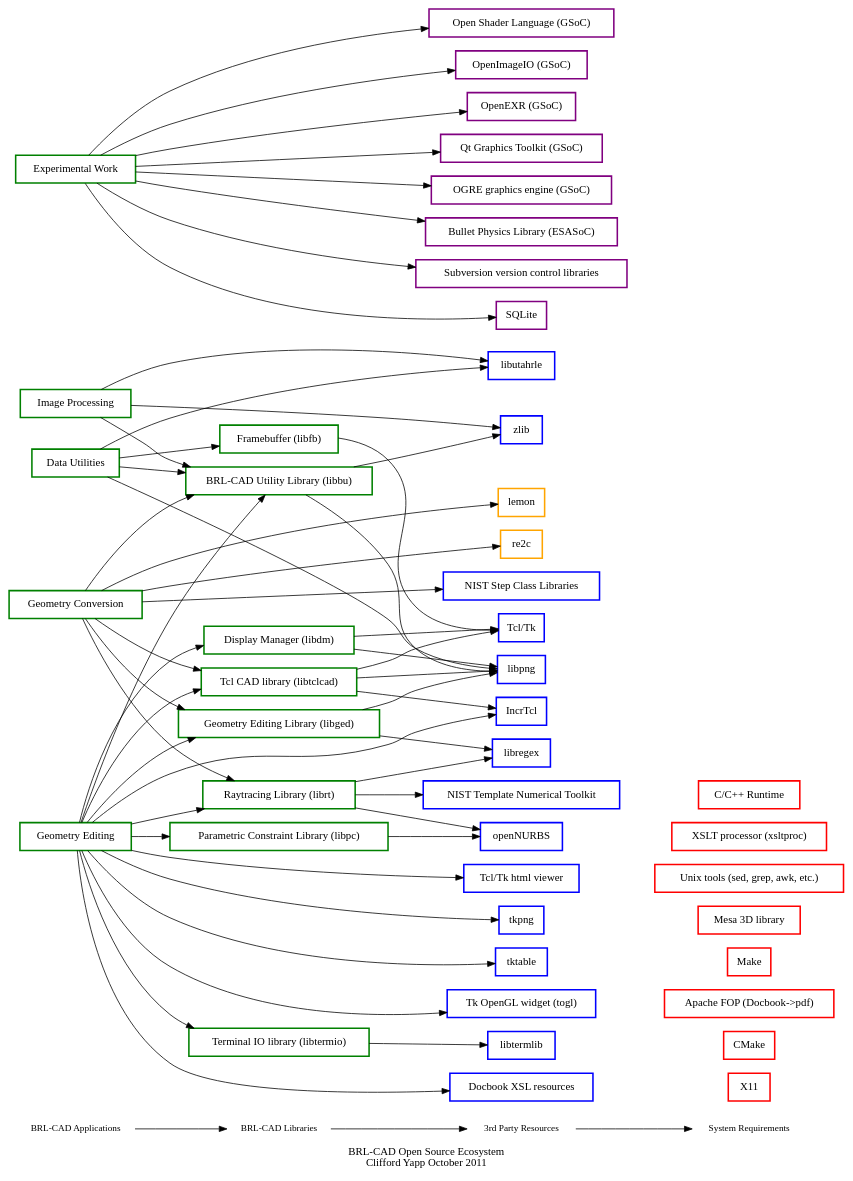
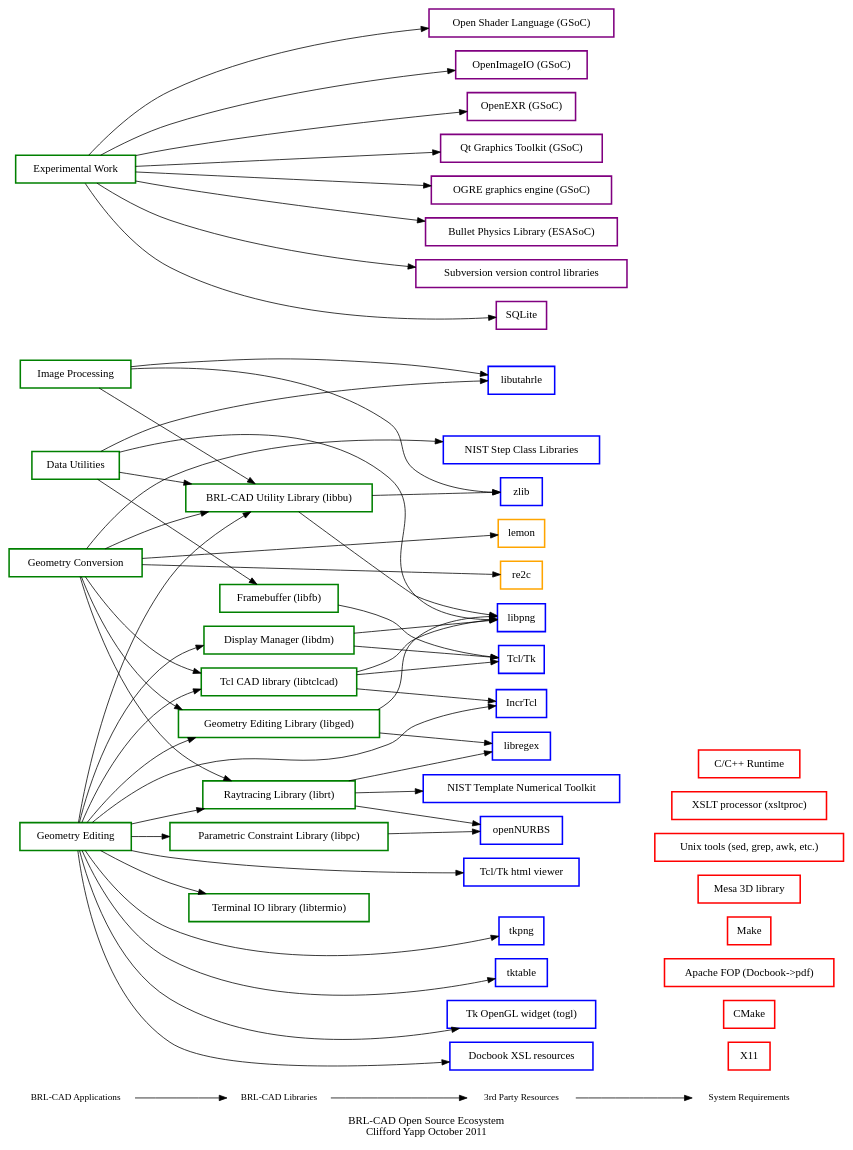
The diagram in doc/ecosystem.dot (BRL-CAD/brlcad), drawn with Graphviz before and after one commit. The commit also changed 19 other files, not shown here.

```diff
--- a/doc/ecosystem.dot
+++ b/doc/ecosystem.dot
@@ -1,194 +1,191 @@
 /*                   E C O S Y S T E M . D O T
  * BRL-CAD
  *
  * Copyright (c) 2011-2020 United States Government as represented by
  * the U.S. Army Research Laboratory.
  *
  * Redistribution and use in source (Graphviz format) and 'compiled'
  * forms (PDF, PostScript, HTML, RTF, etc.), with or without
  * modification, are permitted provided that the following conditions
  * are met:
  *
  * 1. Redistributions of source code (Docbook format) must retain the
  * above copyright notice, this list of conditions and the following
  * disclaimer.
  *
  * 2. Redistributions in compiled form (transformed to other DTDs,
  * converted to PDF, PostScript, HTML, RTF, and other formats) must
  * reproduce the above copyright notice, this list of conditions and
  * the following disclaimer in the documentation and/or other
  * materials provided with the distribution.
  *
  * 3. The name of the author may not be used to endorse or promote
  * products derived from this documentation without specific prior
  * written permission.
  *
  * THIS DOCUMENTATION IS PROVIDED BY THE AUTHOR AS IS'' AND ANY
  * EXPRESS OR IMPLIED WARRANTIES, INCLUDING, BUT NOT LIMITED TO, THE
  * IMPLIED WARRANTIES OF MERCHANTABILITY AND FITNESS FOR A PARTICULAR
  * PURPOSE ARE DISCLAIMED. IN NO EVENT SHALL THE AUTHOR BE LIABLE FOR
  * ANY DIRECT, INDIRECT, INCIDENTAL, SPECIAL, EXEMPLARY, OR
  * CONSEQUENTIAL DAMAGES (INCLUDING, BUT NOT LIMITED TO, PROCUREMENT
  * OF SUBSTITUTE GOODS OR SERVICES; LOSS OF USE, DATA, OR PROFITS; OR
  * BUSINESS INTERRUPTION) HOWEVER CAUSED AND ON ANY THEORY OF
  * LIABILITY, WHETHER IN CONTRACT, STRICT LIABILITY, OR TORT
  * (INCLUDING NEGLIGENCE OR OTHERWISE) ARISING IN ANY WAY OUT OF THE
  * USE OF THIS DOCUMENTATION, EVEN IF ADVISED OF THE POSSIBILITY OF
  * SUCH DAMAGE.
  */
 
 digraph BRLCADDeps{
 	//overlap=scale
 	rankdir=LR;
 	label="BRL-CAD Open Source Ecosystem\nClifford Yapp October 2011";
 
 	{
 	     node [shape=plaintext, fontsize=12];
 	     "BRL-CAD Applications" -> "BRL-CAD Libraries" -> "3rd Party Resources" -> "System Requirements";
 	};
 
 
 	// Libraries
 
 	tcltk [color = "blue", style = bold, shape = box, label = "Tcl/Tk"];
 	tkhtml [color = "blue", style = bold, shape = box, label = "Tcl/Tk html viewer"];
 	tkpng [color = "blue", style = bold, shape = box, label = "tkpng"];
 	tktable [color = "blue", style = bold, shape = box, label = "tktable"];
 	togl [color = "blue", style = bold, shape = box, label = "Tk OpenGL widget (togl)"];
 	incrTcl [color = "blue", style = bold, shape = box, label = "IncrTcl"];
 
 
 	libpng [color = "blue", style = bold, shape = box, label = "libpng"];
 	libregex [color = "blue", style = bold, shape = box, label = "libregex"];
-	libtermlib [color = "blue", style = bold, shape = box, label = "libtermlib"];
 	libutahrle [color = "blue", style = bold, shape = box, label = "libutahrle"];
 	opennurbs [color = "blue", style = bold, shape = box, label = "openNURBS"];
 	scl [color = "blue", style = bold, shape = box, label = "NIST Step Class Libraries"];
 	tnt [color = "blue", style = bold, shape = box, label = "NIST Template Numerical Toolkit"];
 	xsl [color = "blue", style = bold, shape = box, label = "Docbook XSL resources"];
 	zlib [color = "blue", style = bold, shape = box, label = "zlib"];
 
 	// Tools
 	//re2clemon [color = "orange", style = bold, shape = box, label = "re2c + lemon"];
 	re2c [color = "orange", style = bold, shape = box, label = "re2c"];
 	lemon [color = "orange", style = bold, shape = box, label = "lemon"];
-	//{ rank = same; "3rd Party Resources"; tcltk; tkhtml; tkpng; tktable; togl; incrTcl; libpng; libregex; libtermlib; libutahrle; opennurbs; scl; tnt; xsl; zlib; re2clemon; }
-	{ rank = same; "3rd Party Resources"; tcltk; tkhtml; tkpng; tktable; togl; incrTcl; libpng; libregex; libtermlib; libutahrle; opennurbs; scl; tnt; xsl; zlib; re2c; lemon; }
+	//{ rank = same; "3rd Party Resources"; tcltk; tkhtml; tkpng; tktable; togl; incrTcl; libpng; libregex; libutahrle; opennurbs; scl; tnt; xsl; zlib; re2clemon; }
+	{ rank = same; "3rd Party Resources"; tcltk; tkhtml; tkpng; tktable; togl; incrTcl; libpng; libregex; libutahrle; opennurbs; scl; tnt; xsl; zlib; re2c; lemon; }
 	// GSoC
 	osl [color = "purple", style = bold, shape = box, label = "Open Shader Language (GSoC)"];
 	oiio [color = "purple", style = bold, shape = box, label = "OpenImageIO (GSoC)"];
 	openexr [color = "purple", style = bold, shape = box, label = "OpenEXR (GSoC)"];
 	qt [color = "purple", style = bold, shape = box, label = "Qt Graphics Toolkit (GSoC)"];
 	ogre3d [color = "purple", style = bold, shape = box, label = "OGRE graphics engine (GSoC)"];
 	bullet [color = "purple", style = bold, shape = box, label = "Bullet Physics Library (ESASoC)"];
 
 	{ rank = same; "3rd Party Resources"; bullet; osl; oiio; openexr; qt; ogre3d; }
 
 	// GeomCore only
 	subversion [color = "purple", style = bold, shape = box, label = "Subversion version control libraries"];
 	//apr [color = "purple", style = bold, shape = box, label = "Apache Portable Runtime"];
 	//uuid [color = "purple", style = bold, shape = box, label = "Universally Unique Identifiers (OSSP uuid)"];
 	sqlite [color = "purple", style = bold, shape = box, label = "SQLite"];
 
 	{ rank = same; "3rd Party Resources"; subversion; sqlite; }
 
 	// System (not bundled)
 	X11 [color = "red", style = bold, shape = box, label = "X11"];
 	cmake [color = "red", style = bold, shape = box, label = "CMake"];
 	fop [color = "red", style = bold, shape = box, label = "Apache FOP (Docbook->pdf)"];
 	make [color = "red", style = bold, shape = box, label = "Make"];
 	mesa [color = "red", style = bold, shape = box, label = "Mesa 3D library"];
 	unixtools [color = "red", style = bold, shape = box, label = "Unix tools (sed, grep, awk, etc.)"];
 	xsltproc [color = "red", style = bold, shape = box, label = "XSLT processor (xsltproc)"];
 	crun [color = "red", style = bold, shape = box, label = "C/C++ Runtime"];
 
 	{ rank = same; "System Requirements"; X11; cmake; crun; fop; make; mesa; unixtools; xsltproc; }
 
 	// BRL-CAD components
 	libbu [color = "green", style = bold, shape = box, label = "BRL-CAD Utility Library (libbu)"];
 	libpc [color = "green", style = bold, shape = box, label = "Parametric Constraint Library (libpc)"];
 	librt [color = "green", style = bold, shape = box, label = "Raytracing Library (librt)"];
 	libdm [color = "green", style = bold, shape = box, label = "Display Manager (libdm)"];
 	libfb [color = "green", style = bold, shape = box, label = "Framebuffer (libfb)"];
 	libged [color = "green", style = bold, shape = box, label = "Geometry Editing Library (libged)"];
 	libtclcad [color = "green", style = bold, shape = box, label = "Tcl CAD library (libtclcad)"];
 	libtermio [color = "green", style = bold, shape = box, label = "Terminal IO library (libtermio)"];
 
 	{ rank = same; "BRL-CAD Libraries"; libbu; libpc; librt; libdm; libged; libtclcad; libtermio; }
 
 	// BRL-CAD Application Categories
 	geomedit [color = "green", style = bold, shape = box, label = "Geometry Editing"];
 	geomconv [color = "green", style = bold, shape = box, label = "Geometry Conversion"];
 	datautil [color = "green", style = bold, shape = box, label = "Data Utilities"];
 	imageproc [color = "green", style = bold, shape = box, label = "Image Processing"];
 	experimental [color = "green", style = bold, shape = box, label = "Experimental Work"];
 
 	{ rank = same; "BRL-CAD Applications"; geomedit; geomconv; datautil; imageproc; experimental; }
 
 
 	/* Relationships */
 
 	libbu -> libpng;
 	libbu -> zlib;
 
 	libpc -> opennurbs;
 
 	librt -> libregex;
 	librt -> tnt;
 	librt -> opennurbs;
 
 	libdm -> tcltk;
 	libdm -> libpng;
 
 	libfb -> tcltk;
 
 	libged -> libregex;
 	libged -> libpng;
 
 	libtclcad -> tcltk;
 	libtclcad -> incrTcl;
 	libtclcad -> libpng;
 
-	libtermio -> libtermlib;
-
 	experimental -> osl;
 	experimental -> oiio;
 	experimental -> openexr;
 	experimental -> qt;
 	experimental -> ogre3d;
 	experimental -> sqlite;
 	experimental -> subversion;
 	experimental -> bullet;
 
 	geomedit -> libbu;
 	geomedit -> libpc;
 	geomedit -> librt;
 	geomedit -> libdm;
 	geomedit -> libged;
 	geomedit -> libtclcad;
 	geomedit -> libtermio;
 	geomedit -> tkhtml;
 	geomedit -> tkpng;
 	geomedit -> tktable;
 	geomedit -> togl;
 	geomedit -> incrTcl;
 	geomedit -> xsl;
 	geomconv -> libbu;
 	geomconv -> librt;
 	geomconv -> libtclcad;
 	geomconv -> libged;
 	geomconv -> scl;
 	geomconv -> lemon;
 	geomconv -> re2c;
 
 	datautil -> libbu;
 	datautil -> libfb;
 	datautil -> libpng;
 	datautil -> libutahrle;
 
 	imageproc -> libbu;
 	imageproc -> libutahrle;
 	imageproc -> zlib;
 
 
 }
```
